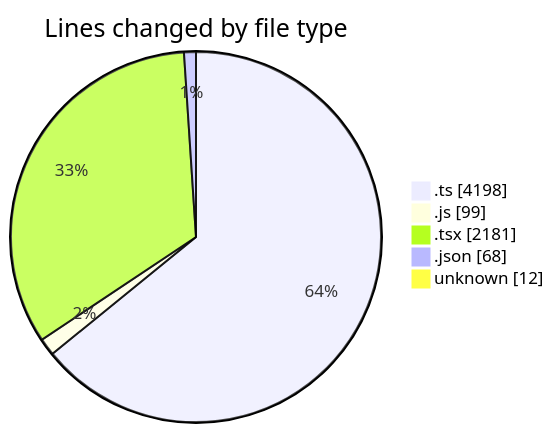
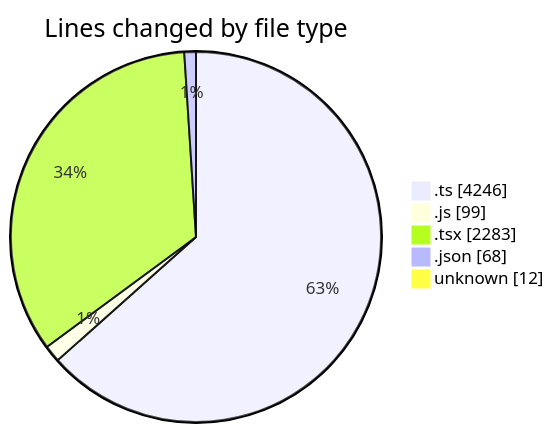
Before and after one commit to momahboobian/code-tracking: the first of 2 diagrams in 2026-09-14/cda/README.md, drawn with Mermaid. The commit also changed other lines of this file and 1 other file, not shown here.

````diff
--- a/2026-09-14/cda/README.md
+++ b/2026-09-14/cda/README.md
@@ -48,9 +48,9 @@
 ```mermaid
 pie showData
 title Lines changed by file type
-".ts" : 4198
+".ts" : 4246
 ".js" : 99
-".tsx" : 2181
+".tsx" : 2283
 ".json" : 68
 "unknown" : 12
 ```
````
